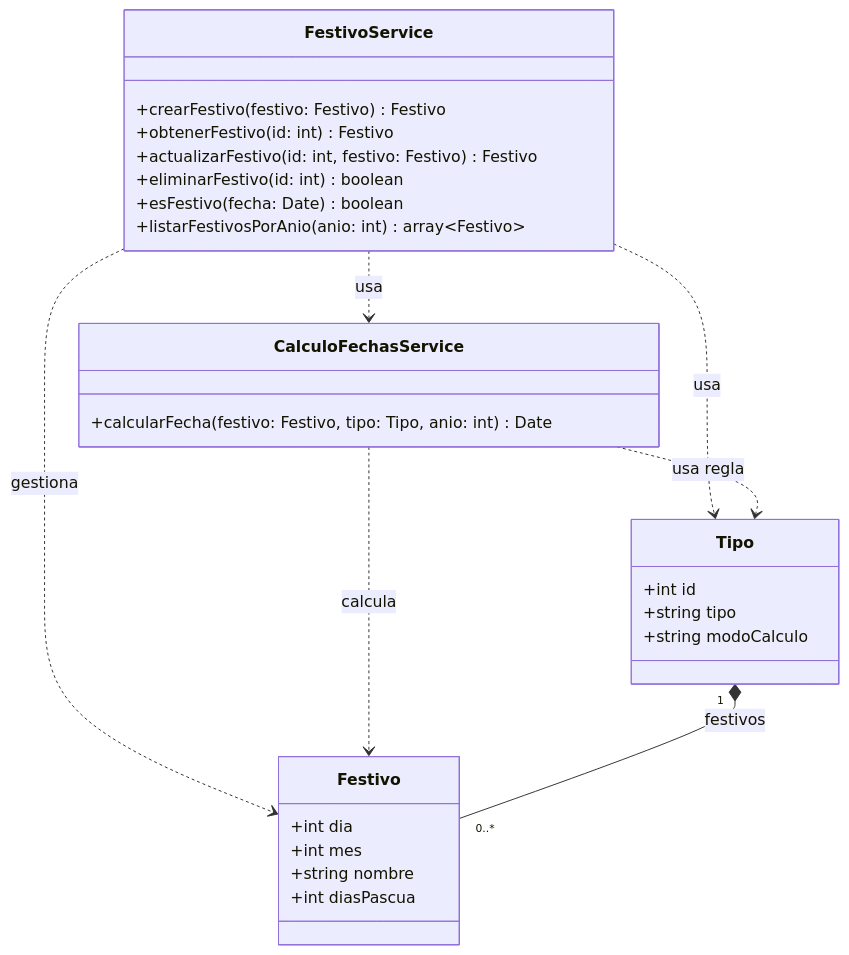
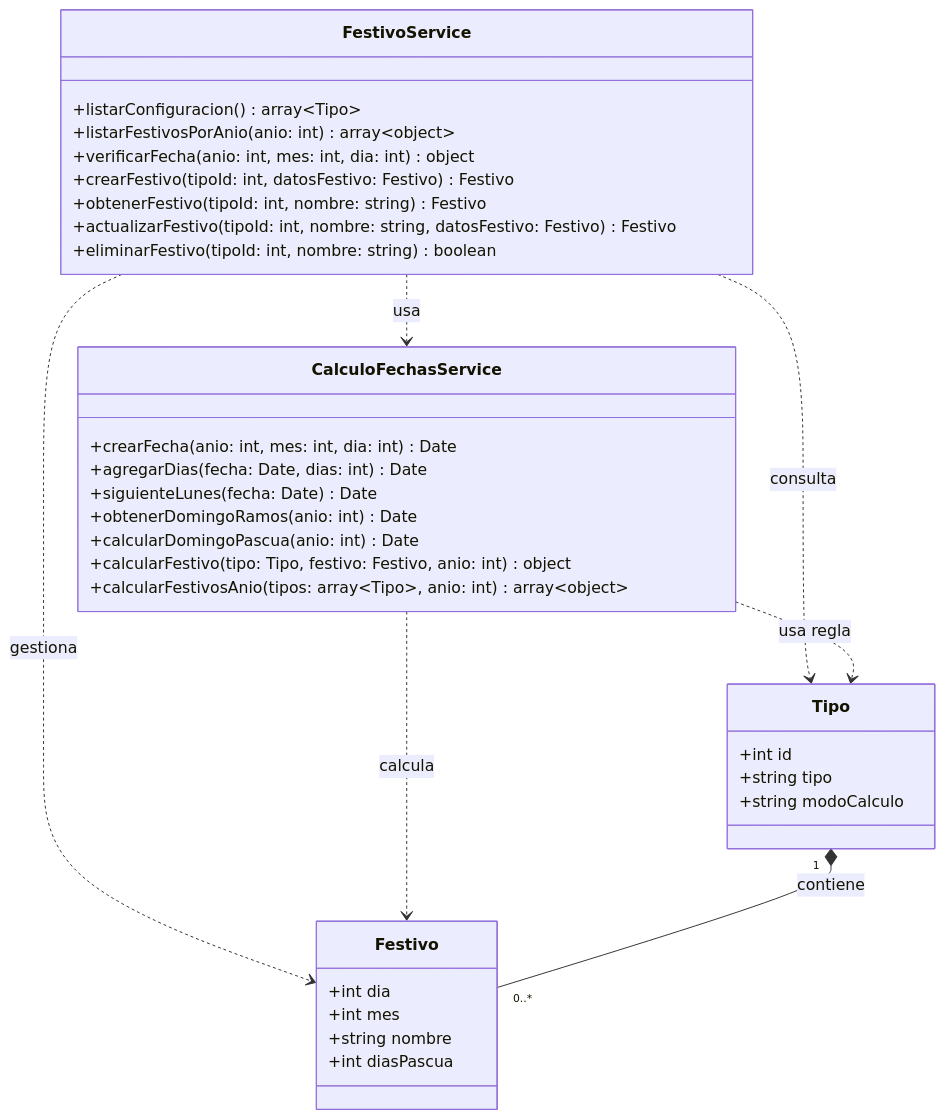
The diagram in diagramas/festivos_API/modelo-objetual-festivos.md (ivnmorales/Proyecto_Arquitectura_Festivos), drawn with Mermaid before and after one commit. The commit also changed 3 other files, not shown here.

````diff
--- a/diagramas/festivos_API/modelo-objetual-festivos.md
+++ b/diagramas/festivos_API/modelo-objetual-festivos.md
@@ -3,39 +3,46 @@
 ```mermaid
 classDiagram
 direction TB
 
 class FestivoService {
-    +crearFestivo(festivo: Festivo) Festivo
-    +obtenerFestivo(id: int) Festivo
-    +actualizarFestivo(id: int, festivo: Festivo) Festivo
-    +eliminarFestivo(id: int) boolean
-    +esFestivo(fecha: Date) boolean
-    +listarFestivosPorAnio(anio: int) array~Festivo~
+    +listarConfiguracion() array~Tipo~
+    +listarFestivosPorAnio(anio: int) array~object~
+    +verificarFecha(anio: int, mes: int, dia: int) object
+    +crearFestivo(tipoId: int, datosFestivo: Festivo) Festivo
+    +obtenerFestivo(tipoId: int, nombre: string) Festivo
+    +actualizarFestivo(tipoId: int, nombre: string, datosFestivo: Festivo) Festivo
+    +eliminarFestivo(tipoId: int, nombre: string) boolean
 }
 
 class CalculoFechasService {
-    +calcularFecha(festivo: Festivo, tipo: Tipo, anio: int) Date
+    +crearFecha(anio: int, mes: int, dia: int) Date
+    +agregarDias(fecha: Date, dias: int) Date
+    +siguienteLunes(fecha: Date) Date
+    +obtenerDomingoRamos(anio: int) Date
+    +calcularDomingoPascua(anio: int) Date
+    +calcularFestivo(tipo: Tipo, festivo: Festivo, anio: int) object
+    +calcularFestivosAnio(tipos: array~Tipo~, anio: int) array~object~
 }
 
 class Tipo {
     +int id
     +string tipo
     +string modoCalculo
 }
 
 class Festivo {
     +int dia
     +int mes
     +string nombre
     +int diasPascua
 }
 
-FestivoService ..> Tipo : usa
+FestivoService ..> Tipo : consulta
 FestivoService ..> Festivo : gestiona
 FestivoService ..> CalculoFechasService : usa
 
 CalculoFechasService ..> Tipo : usa regla
 CalculoFechasService ..> Festivo : calcula
 
-Tipo "1" *-- "0..*" Festivo : festivos
+Tipo "1" *-- "0..*" Festivo : contiene
 ```
````
